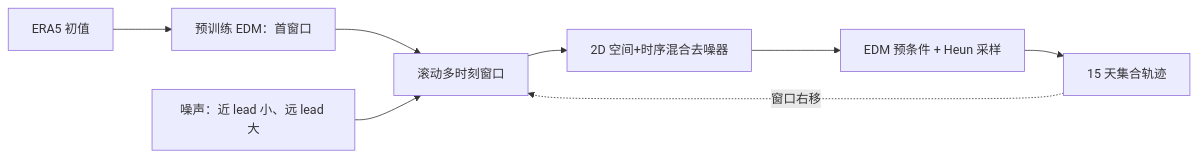
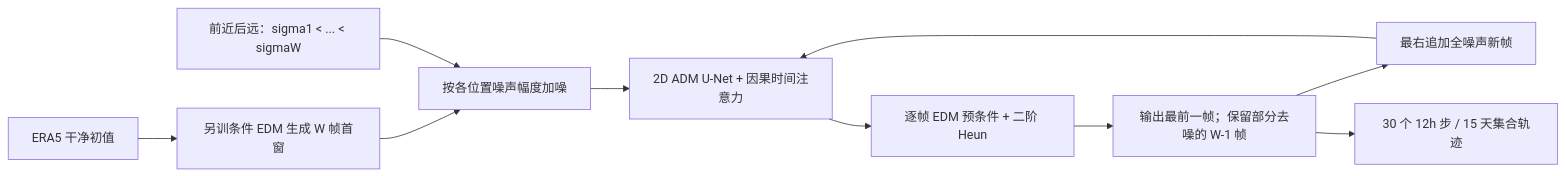
Before and after one commit to morestart/weather-dl-paper-notes: the diagram in notes/medium-range/29-erdm.md, drawn with Mermaid. The commit also changed other lines of this file and 2 other files, not shown here.

````diff
--- a/notes/medium-range/29-erdm.md
+++ b/notes/medium-range/29-erdm.md
@@ -9,10 +9,12 @@
 ```mermaid
 flowchart LR
-  A["ERA5 初值"] --> B["预训练 EDM：首窗口"]
-  B --> C["滚动多时刻窗口"]
-  N["噪声：近 lead 小、远 lead 大"] --> C
-  C --> D["2D 空间+时序混合去噪器"]
-  D --> E["EDM 预条件 + Heun 采样"]
-  E --> F["15 天集合轨迹"]
-  F -. "窗口右移" .-> C
+  A["ERA5 干净初值"] --> B["另训条件 EDM 生成 W 帧首窗"]
+  B --> C["按各位置噪声幅度加噪"]
+  N["前近后远：sigma1 < ... < sigmaW"] --> C
+  C --> D["2D ADM U-Net + 因果时间注意力"]
+  D --> E["逐帧 EDM 预条件 + 二阶 Heun"]
+  E --> F["输出最前一帧；保留部分去噪的 W-1 帧"]
+  F --> G["最右追加全噪声新帧"]
+  G --> D
+  F --> H["30 个 12h 步 / 15 天集合轨迹"]
 ```
````
